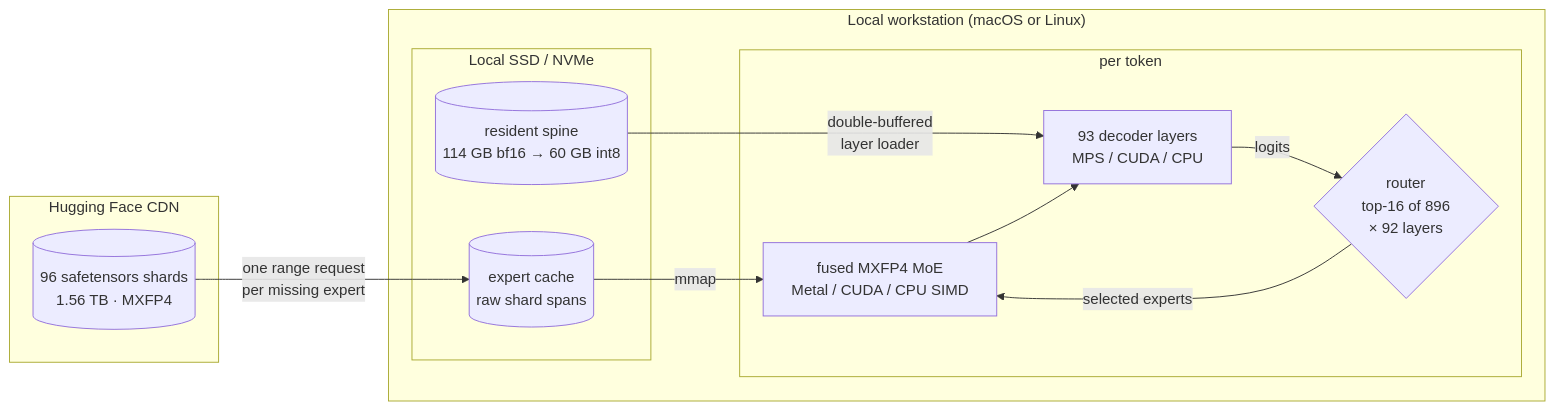
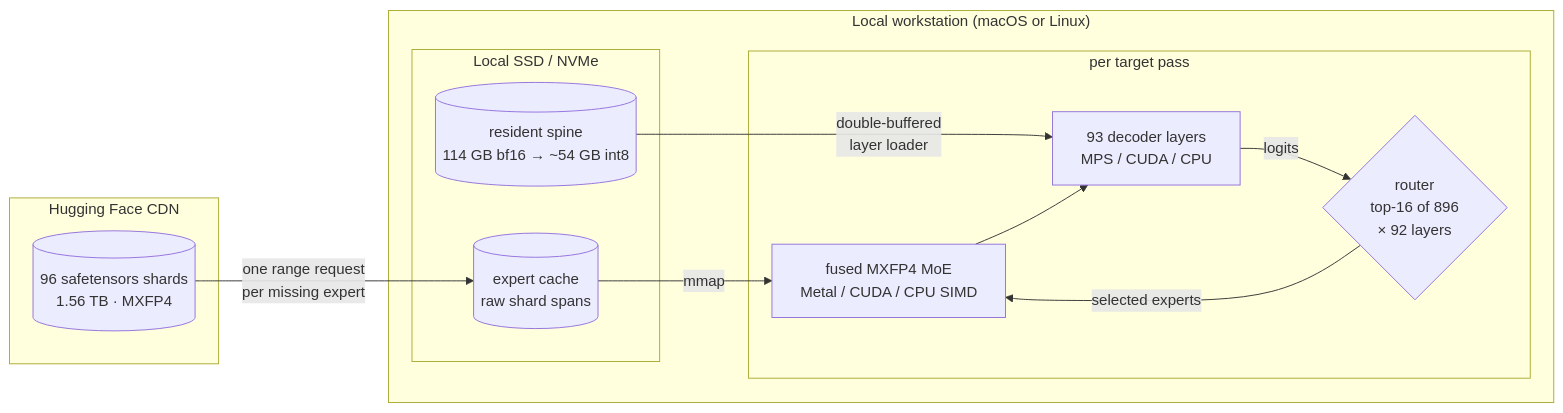
The diagram in README.md (calmasacow/deltafin), drawn with Mermaid before and after one commit. The commit also changed other lines of this file and 45 other files, not shown here.

````diff
--- a/README.md
+++ b/README.md
@@ -321,23 +372,23 @@
 ```mermaid
 flowchart LR
     subgraph HF["Hugging Face CDN"]
         W[("96 safetensors shards<br/>1.56 TB · MXFP4")]
     end
     subgraph HOST["Local workstation (macOS or Linux)"]
         subgraph DISK["Local SSD / NVMe"]
-            SP[("resident spine<br/>114 GB bf16 → 60 GB int8")]
+            SP[("resident spine<br/>114 GB bf16 → ~54 GB int8")]
             EC[("expert cache<br/>raw shard spans")]
         end
-        subgraph TOK["per token"]
+        subgraph TOK["per target pass"]
             R{"router<br/>top-16 of 896<br/>× 92 layers"}
             L["93 decoder layers<br/>MPS / CUDA / CPU"]
             K["fused MXFP4 MoE<br/>Metal / CUDA / CPU SIMD"]
         end
     end
     W -- "one range request<br/>per missing expert" --> EC
     SP -- "double-buffered<br/>layer loader" --> L
     EC -- "mmap" --> K
     R -- "selected experts" --> K
     K --> L
     L -- "logits" --> R
 ```
````
